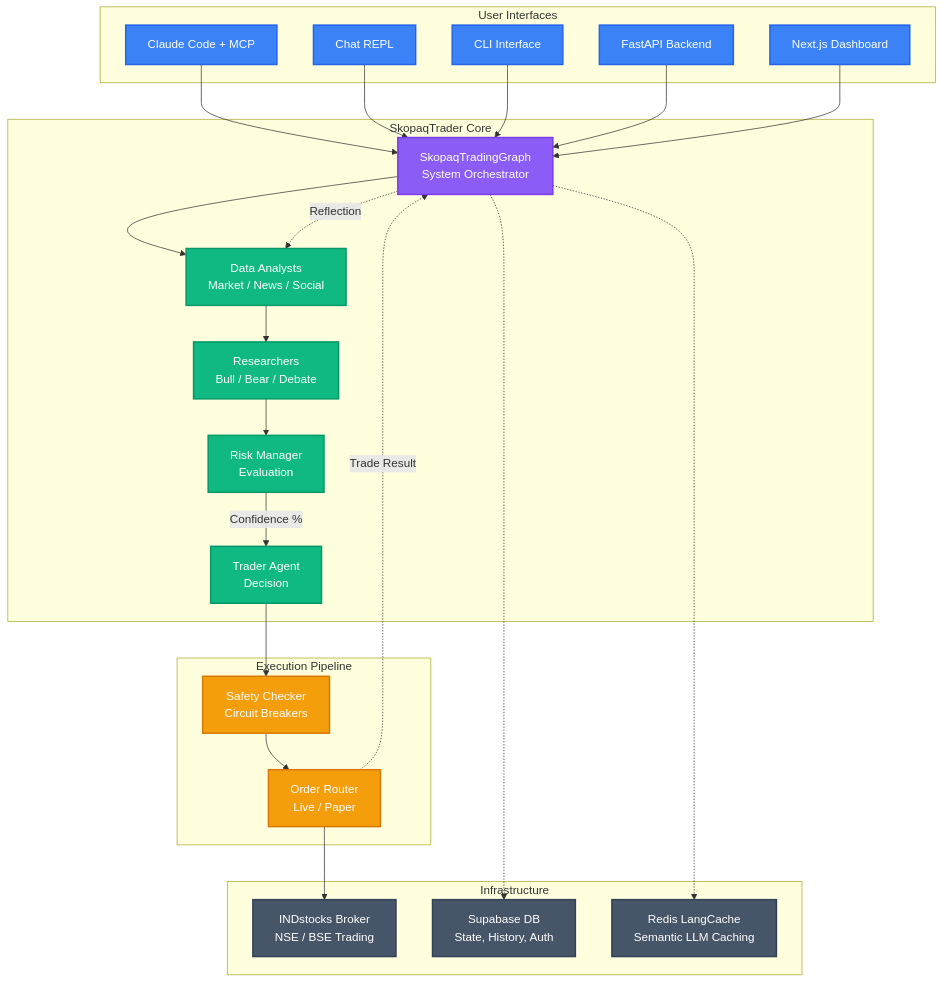
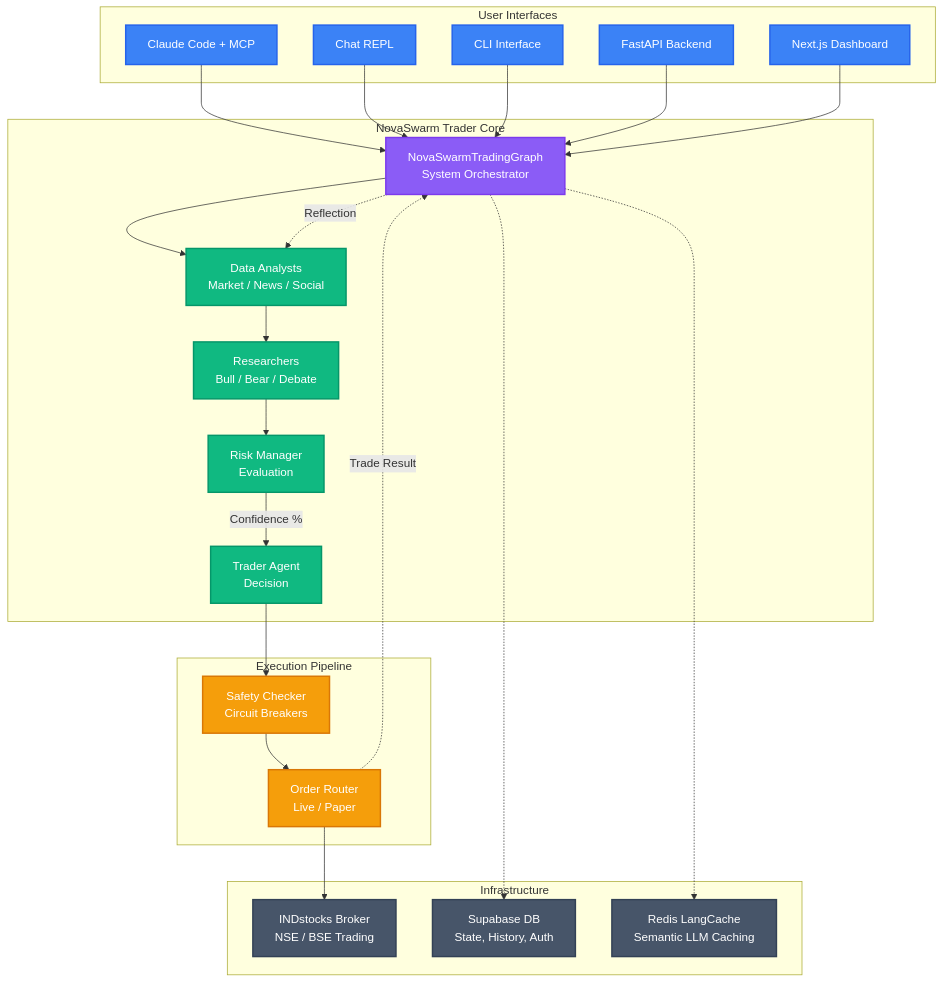
One commit to darshan-xyz/novaswarm-trader changed the first of 4 diagrams in README.md. Above: the diagram before and after it, drawn with Mermaid. The commit also changed other lines of this file and 393 other files, not shown here.

Commit message:
feat: Rebrand project to NovaSwarm Trader (novaswarm-trader)

````diff
--- a/README.md
+++ b/README.md
@@ -65,52 +65,52 @@
 ```mermaid
 graph TD
     classDef interface fill:#3b82f6,stroke:#2563eb,stroke-width:2px,color:#fff
     classDef core fill:#8b5cf6,stroke:#7c3aed,stroke-width:2px,color:#fff
     classDef agent fill:#10b981,stroke:#059669,stroke-width:2px,color:#fff
     classDef execution fill:#f59e0b,stroke:#d97706,stroke-width:2px,color:#fff
     classDef external fill:#475569,stroke:#334155,stroke-width:2px,color:#fff
 
     subgraph UI["User Interfaces"]
         ClaudeCode["Claude Code + MCP"]:::interface
         ChatREPL["Chat REPL"]:::interface
         CLI["CLI Interface"]:::interface
         API["FastAPI Backend"]:::interface
         Dashboard["Next.js Dashboard"]:::interface
     end
 
-    subgraph CoreSystem["SkopaqTrader Core"]
-        Orchestrator["SkopaqTradingGraph<br/>System Orchestrator"]:::core
+    subgraph CoreSystem["NovaSwarm Trader Core"]
+        Orchestrator["NovaSwarmTradingGraph<br/>System Orchestrator"]:::core
         DataAgents["Data Analysts<br/>Market / News / Social"]:::agent
         ResearchAgents["Researchers<br/>Bull / Bear / Debate"]:::agent
         RiskAgent["Risk Manager<br/>Evaluation"]:::agent
         TraderAgent["Trader Agent<br/>Decision"]:::agent
     end
 
     subgraph Exec["Execution Pipeline"]
         Safety["Safety Checker<br/>Circuit Breakers"]:::execution
         Router["Order Router<br/>Live / Paper"]:::execution
     end
 
     subgraph Infra["Infrastructure"]
         INDstocks["INDstocks Broker<br/>NSE / BSE Trading"]:::external
         Supabase["Supabase DB<br/>State, History, Auth"]:::external
         Redis["Redis LangCache<br/>Semantic LLM Caching"]:::external
     end
 
     ClaudeCode --> Orchestrator
     ChatREPL --> Orchestrator
     CLI --> Orchestrator
     API --> Orchestrator
     Dashboard --> Orchestrator
     Orchestrator --> DataAgents
     DataAgents --> ResearchAgents
     ResearchAgents --> RiskAgent
     RiskAgent -- "Confidence %" --> TraderAgent
     TraderAgent --> Safety
     Safety --> Router
     Router --> INDstocks
     Orchestrator -.-> Supabase
     Orchestrator -.-> Redis
     Router -. "Trade Result" .-> Orchestrator
     Orchestrator -. "Reflection" .-> DataAgents
 ```
````
